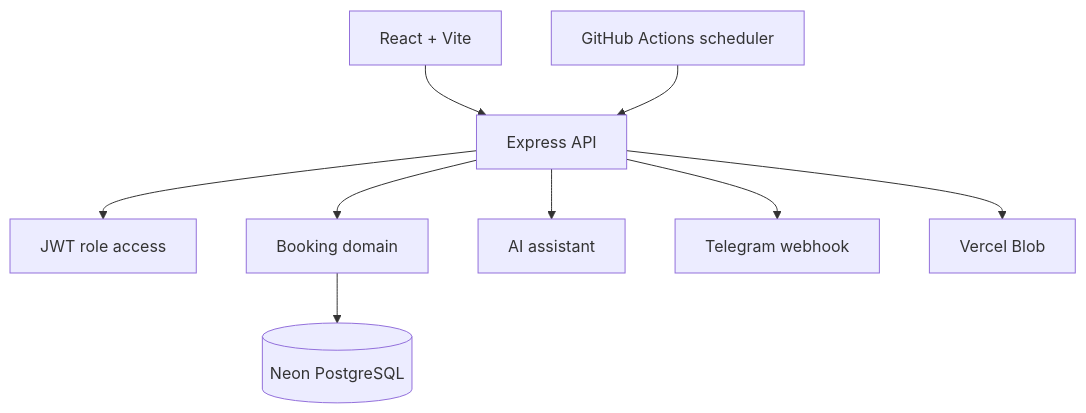
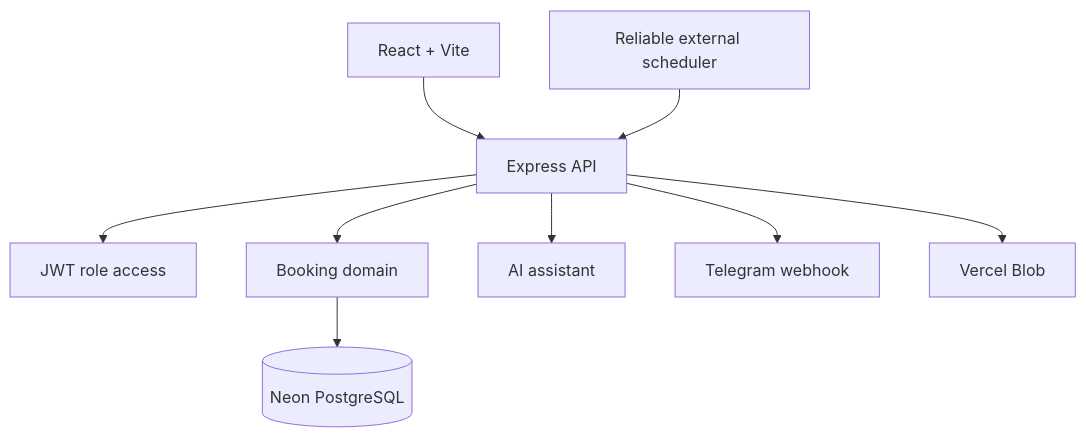
The second of 2 diagrams in README.md (asanchoo/booking-app), drawn with Mermaid before and after one commit. The commit also changed 19 other files, not shown here.

````diff
--- a/README.md
+++ b/README.md
@@ -62,11 +62,11 @@
 ```mermaid
 flowchart TB
     UI[React + Vite] --> API[Express API]
     API --> AUTH[JWT role access]
     API --> BOOK[Booking domain]
     API --> AI[AI assistant]
     API --> TG[Telegram webhook]
     BOOK --> PG[(Neon PostgreSQL)]
     API --> BLOB[Vercel Blob]
-    CRON[GitHub Actions scheduler] --> API
+    CRON[Reliable external scheduler] --> API
 ```
````
